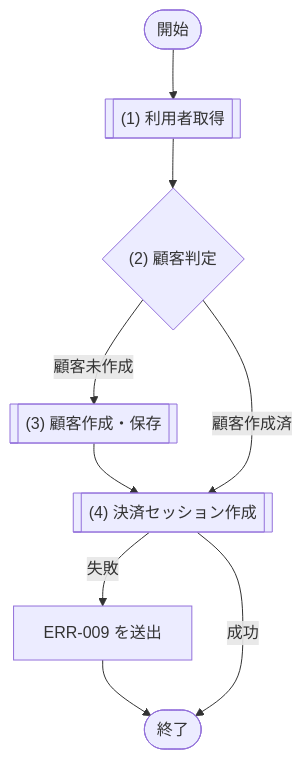
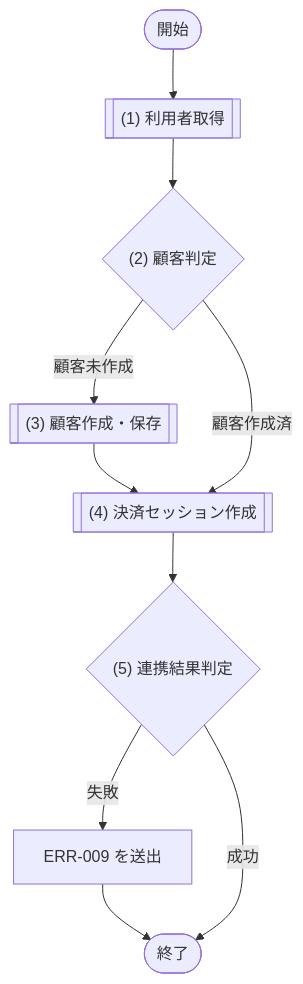
One commit to sikakou54/system-document-template changed the second of 6 diagrams in docs/03_機能設計/05_モジュール設計/MOD-007_課金サービス.md. Above: the diagram before and after it, drawn with Mermaid. The commit also changed other lines of this file and 15 other files, not shown here.

````diff
--- a/docs/03_機能設計/05_モジュール設計/MOD-007_課金サービス.md
+++ b/docs/03_機能設計/05_モジュール設計/MOD-007_課金サービス.md
@@ -131,16 +131,18 @@
 ```mermaid
 flowchart TD
   Start([開始])
   P1[["(1) 利用者取得"]]
   D1{"(2) 顧客判定"}
   P2[["(3) 顧客作成・保存"]]
   P3[["(4) 決済セッション作成"]]
+  D2{"(5) 連携結果判定"}
   E1["ERR-009 を送出"]
   End([終了])
 
   Start --> P1 --> D1
   D1 -- "顧客未作成" --> P2 --> P3
   D1 -- "顧客作成済" --> P3
-  P3 -- "失敗" --> E1 --> End
-  P3 -- "成功" --> End
+  P3 --> D2
+  D2 -- "失敗" --> E1 --> End
+  D2 -- "成功" --> End
 ```
````
